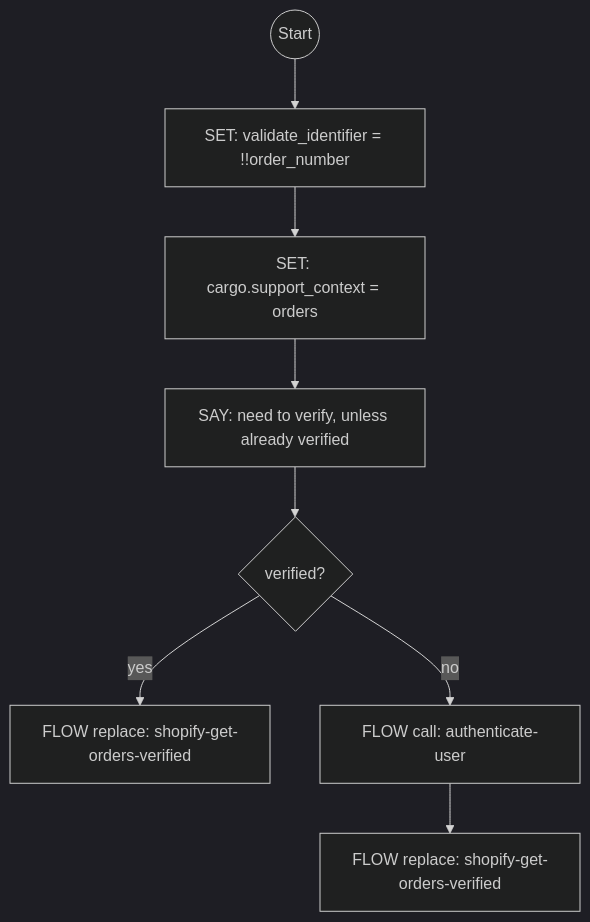
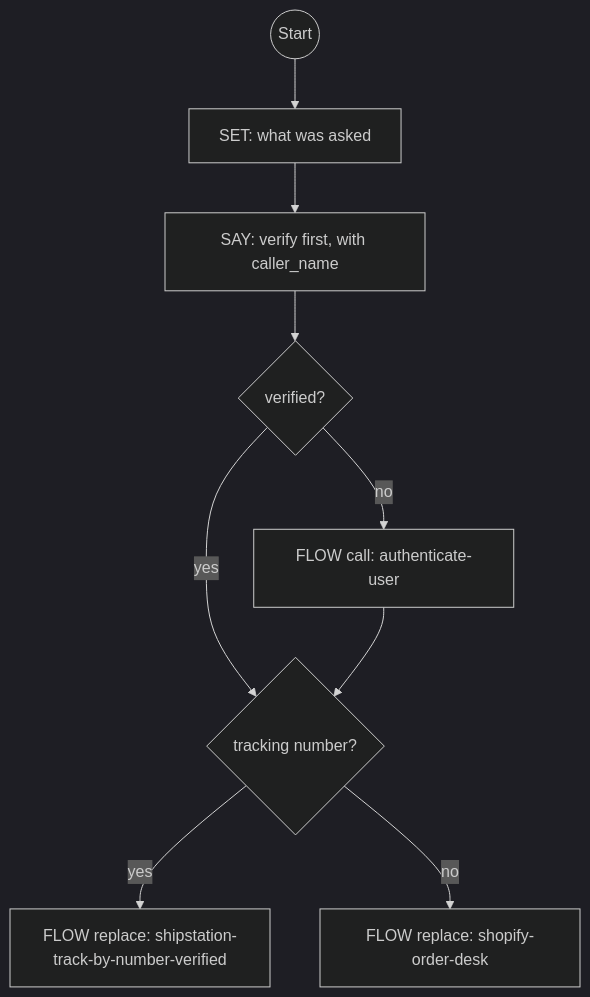
Before and after one commit to ronpinkas/jsfe: the third of 6 diagrams in docs/shopify-flows.md, drawn with Mermaid (dark theme). The commit also changed other lines of this file and 2 other files, not shown here.

First line of the commit message:
docs: Wrapper Flows (wraps, 1.4.0) in the user guide and the CoPilot reference; the Shopify order flows as they are now (ShopifyTrackOrder 2.3.0 with caller_name, the order desk, its fetch/detail and answer workers, the will call answer)

````diff
--- a/docs/shopify-flows.md
+++ b/docs/shopify-flows.md
@@ -200,10 +197,11 @@
 ```mermaid
 graph TD
-    start((Start)) --> set_validate[SET: validate_identifier = !!order_number]
-    set_validate --> set_support_context[SET: cargo.support_context = orders]
-    set_support_context --> explain_verification[SAY: need to verify, unless already verified]
-    explain_verification --> check_otp_status{verified?}
-    check_otp_status -->|yes| already_verified[FLOW replace: shopify-get-orders-verified]
-    check_otp_status -->|no| perform_auth[FLOW call: authenticate-user]
-    perform_auth --> proceed_to_orders[FLOW replace: shopify-get-orders-verified]
+    start((Start)) --> req[SET: what was asked]
+    req --> explain[SAY: verify first, with caller_name]
+    explain --> verified{verified?}
+    verified -->|no| auth[FLOW call: authenticate-user]
+    verified -->|yes| route{tracking number?}
+    auth --> route
+    route -->|yes| byNumber[FLOW replace: shipstation-track-by-number-verified]
+    route -->|no| desk[FLOW replace: shopify-order-desk]
 ```
````
